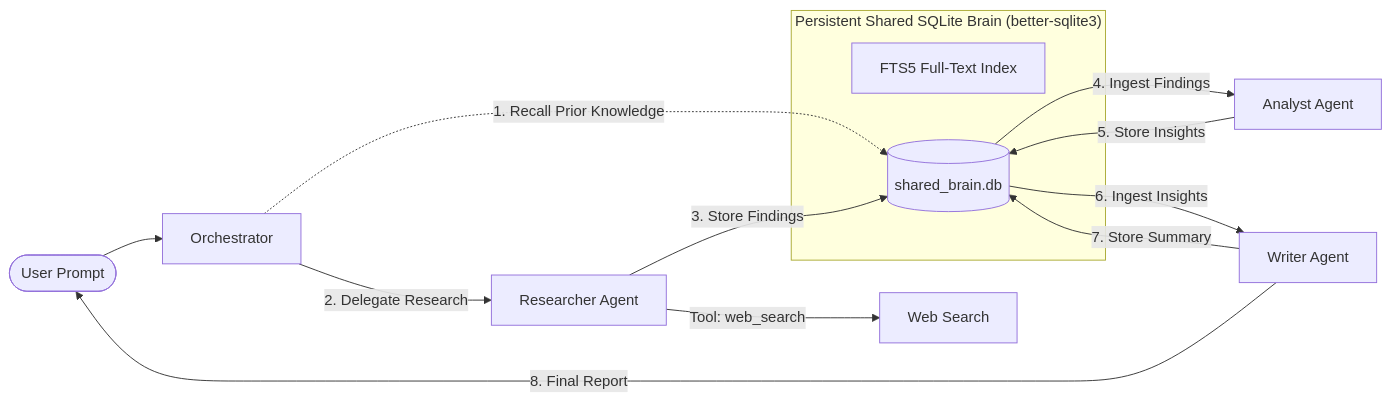
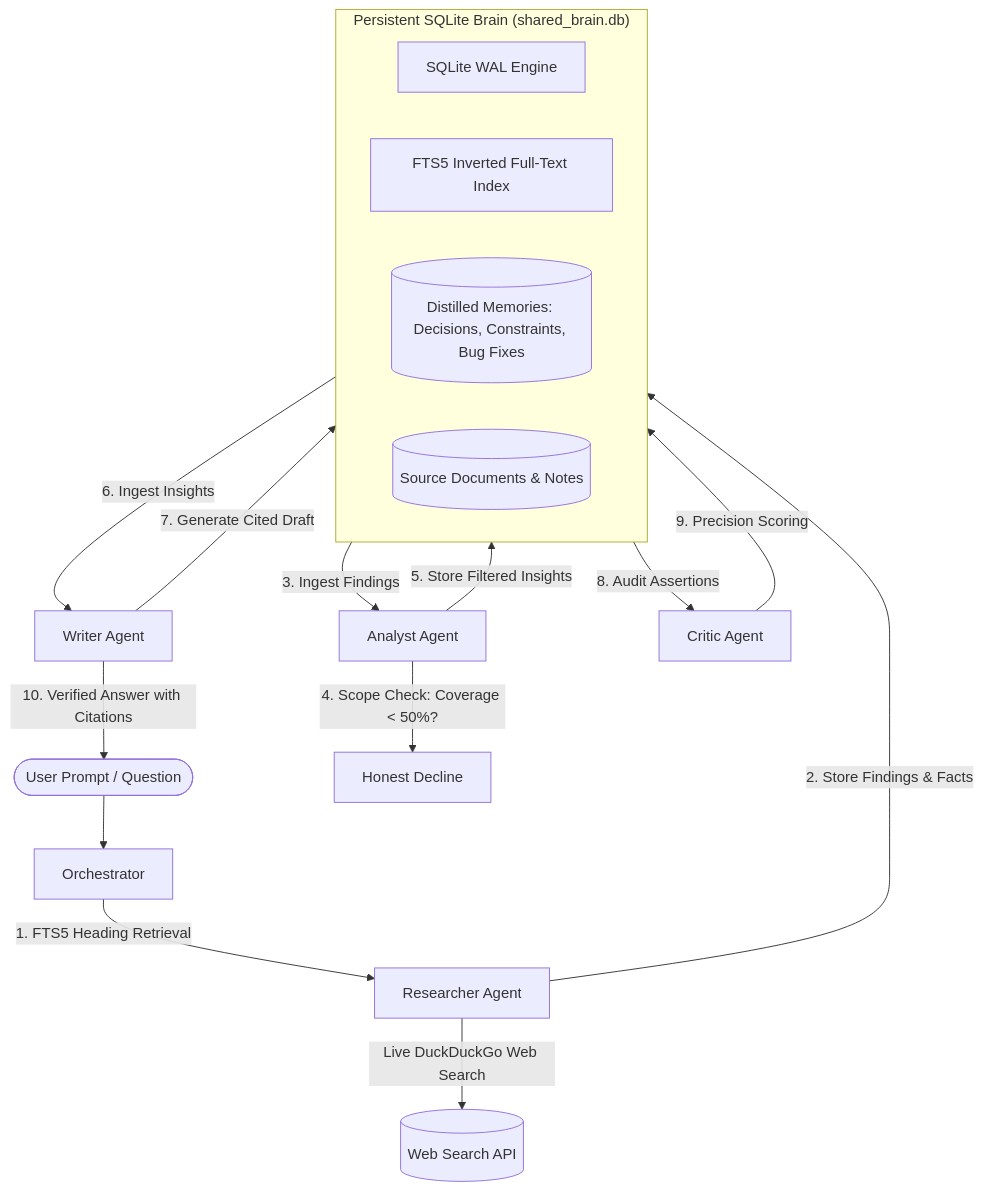
Before and after one commit to RAMBO-LC/WyredHF2026: the first of 2 diagrams in README.md, drawn with Mermaid. The commit also changed other lines of this file and 155 other files, not shown here.

Commit message:
feat: complete SharedBrain multi-agent platform with persistent SQLite memory, web UI, and macOS app

````diff
--- a/README.md
+++ b/README.md
@@ -48,22 +54,27 @@
 ```mermaid
-flowchart LR
-    User([User Prompt]) --> Orch[Orchestrator]
+flowchart TD
+    User([User Prompt / Question]) --> Orch[Orchestrator]
     
-    subgraph MemoryLayer["Persistent Shared SQLite Brain (better-sqlite3)"]
-        FTS[FTS5 Full-Text Index]
-        DB[(shared_brain.db)]
+    subgraph Storage ["Persistent SQLite Brain (shared_brain.db)"]
+        WAL[SQLite WAL Engine]
+        FTS5[FTS5 Inverted Full-Text Index]
+        Memories[(Distilled Memories: Decisions, Constraints, Bug Fixes)]
+        Docs[(Source Documents & Notes)]
     end
+
+    Orch -->|1. FTS5 Heading Retrieval| R[Researcher Agent]
+    R -->|Live DuckDuckGo Web Search| Web[(Web Search API)]
+    R -->|2. Store Findings & Facts| Storage
     
-    Orch -.->|1. Recall Prior Knowledge| DB
-    Orch -->|2. Delegate Research| R[Researcher Agent]
-    R -->|Tool: web_search| Web[Web Search]
-    R -->|3. Store Findings| DB
+    Storage -->|3. Ingest Findings| A[Analyst Agent]
+    A -->|4. Scope Check: Coverage < 50%?| Decline[Honest Decline]
+    A -->|5. Store Filtered Insights| Storage
     
-    DB -->|4. Ingest Findings| A[Analyst Agent]
-    A -->|5. Store Insights| DB
+    Storage -->|6. Ingest Insights| W[Writer Agent]
+    W -->|7. Generate Cited Draft| Storage
     
-    DB -->|6. Ingest Insights| W[Writer Agent]
-    W -->|7. Store Summary| DB
+    Storage -->|8. Audit Assertions| C[Critic Agent]
+    C -->|9. Precision Scoring| Storage
     
-    W -->|8. Final Report| User
+    W -->|10. Verified Answer with Citations| User
 ```
````
